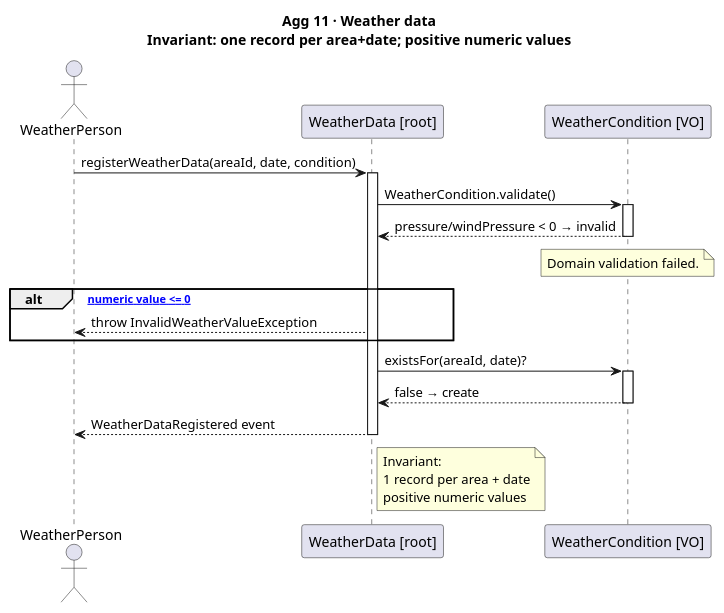
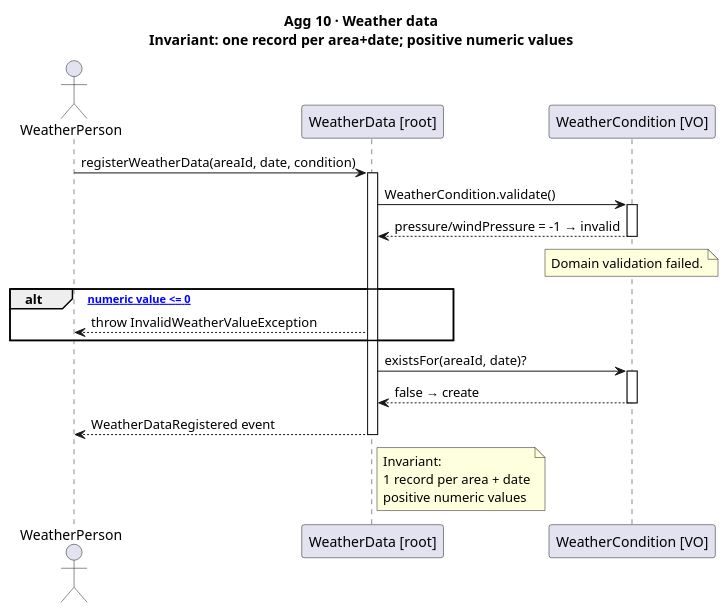
One commit to DuartePinto1240/sem4pi2526-sem4pi2526_2da2 changed the diagram in docs/Agg10.puml. Above: the diagram before and after it, drawn with PlantUML. The commit also changed 6 other files, not shown here.

```diff
--- a/docs/Agg10.puml
+++ b/docs/Agg10.puml
@@ -1,36 +1,36 @@
-@startuml US011_Agg11_WeatherData
-title Agg 11 · Weather data\nInvariant: one record per area+date; positive numeric values
+@startuml US011_Agg10_WeatherData
+title Agg 10 · Weather data\nInvariant: one record per area+date; positive numeric values
 
 actor "WeatherPerson" as WP
 participant "WeatherData [root]" as WD
 participant "WeatherCondition [VO]" as WC
 
 WP -> WD : registerWeatherData(areaId, date, condition)
 activate WD
 
 WD -> WC : WeatherCondition.validate()
 activate WC
-WC --> WD : pressure/windPressure < 0 → invalid
+WC --> WD : pressure/windPressure = -1 → invalid
 note over WC: Domain validation failed.
 deactivate WC
 
 alt [any numeric value <= 0]
     WD --> WP : throw InvalidWeatherValueException
 end
 
 WD -> WC : existsFor(areaId, date)?
 activate WC
 WC --> WD : false → create
 deactivate WC
 
 WD --> WP : WeatherDataRegistered event
 
 deactivate WD
 
 note right of WD
   Invariant:
   1 record per area + date
   positive numeric values
 end note
 
 @enduml
```
